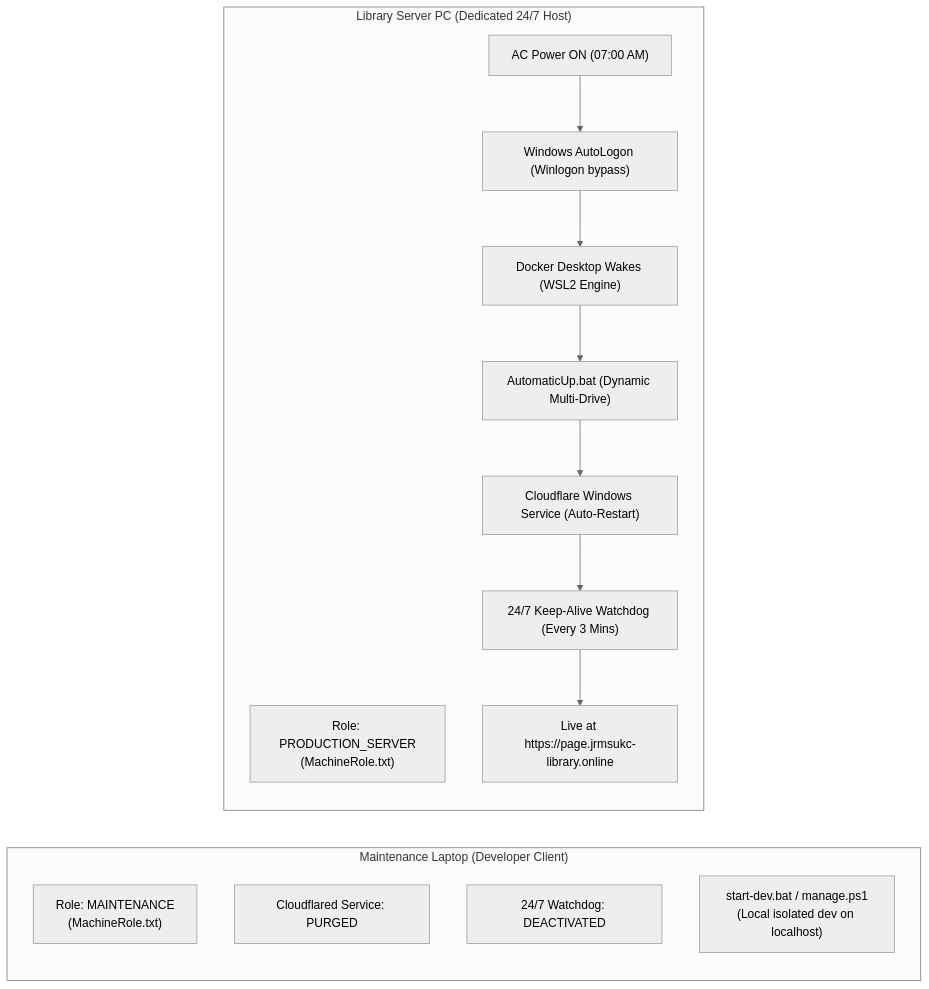
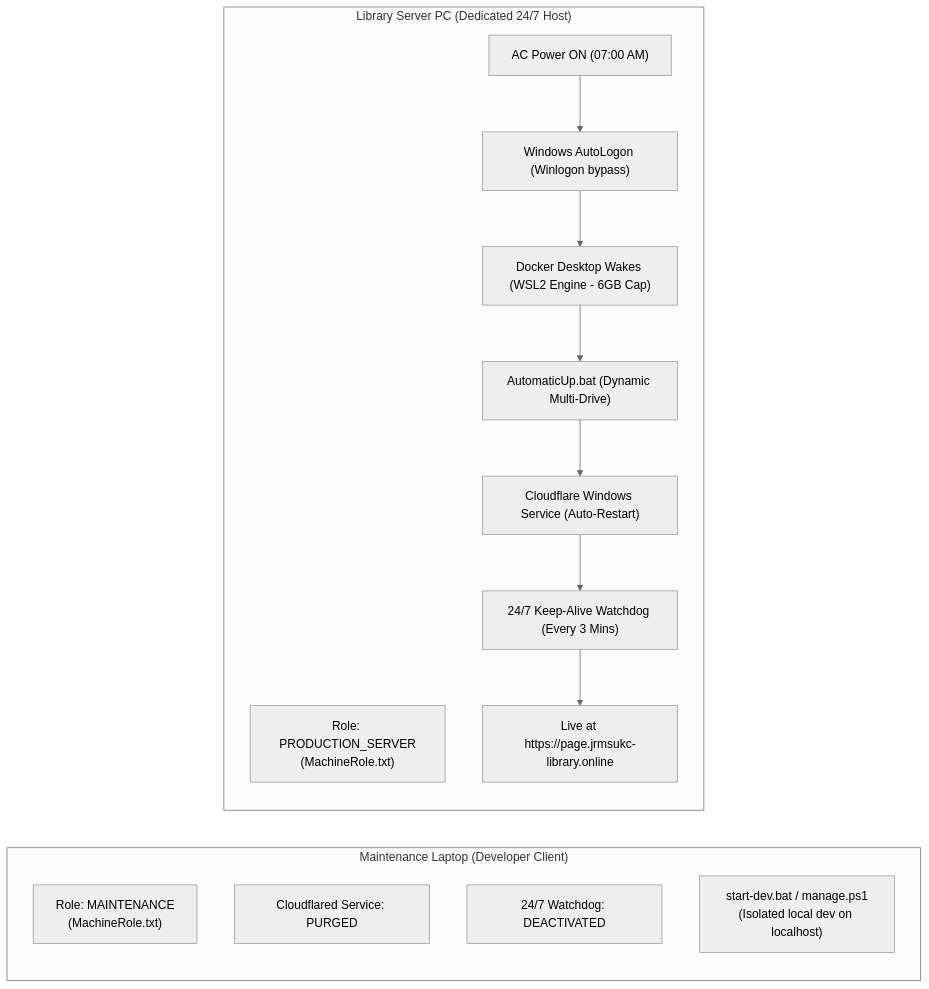
Before and after one commit to JMSuico/JRMSULibrary-web-PAGE: the second of 7 diagrams in MASTER_SYSTEM_ARCHITECTURE.md, drawn with Mermaid (neutral theme). The commit also changed other lines of this file and 77 other files, not shown here.

Commit message:
feat: autonomous document knowledge extraction daemon, anti-download canvas protection, authentic JRMSU UI restoration, and SQL Server schema sync

````diff
--- a/MASTER_SYSTEM_ARCHITECTURE.md
+++ b/MASTER_SYSTEM_ARCHITECTURE.md
@@ -70,22 +72,22 @@
 ```mermaid
 flowchart LR
     subgraph Laptop["Maintenance Laptop (Developer Client)"]
         L_Role["Role: MAINTENANCE\n(MachineRole.txt)"]
         L_Svc["Cloudflared Service: PURGED"]
         L_Task["24/7 Watchdog: DEACTIVATED"]
-        L_Dev["start-dev.bat / manage.ps1\n(Local isolated dev on localhost)"]
+        L_Dev["start-dev.bat / manage.ps1\n(Isolated local dev on localhost)"]
     end
 
     subgraph LibPC["Library Server PC (Dedicated 24/7 Host)"]
         S_Role["Role: PRODUCTION_SERVER\n(MachineRole.txt)"]
         S_Boot["AC Power ON (07:00 AM)"]
         S_Logon["Windows AutoLogon (Winlogon bypass)"]
-        S_Dock["Docker Desktop Wakes (WSL2 Engine)"]
+        S_Dock["Docker Desktop Wakes (WSL2 Engine - 6GB Cap)"]
         S_Auto["AutomaticUp.bat (Dynamic Multi-Drive)"]
         S_Tunnel["Cloudflare Windows Service (Auto-Restart)"]
         S_Watch["24/7 Keep-Alive Watchdog (Every 3 Mins)"]
         S_Live["Live at https://page.jrmsukc-library.online"]
 
         S_Boot --> S_Logon --> S_Dock --> S_Auto --> S_Tunnel --> S_Watch --> S_Live
     end
 ```
````
